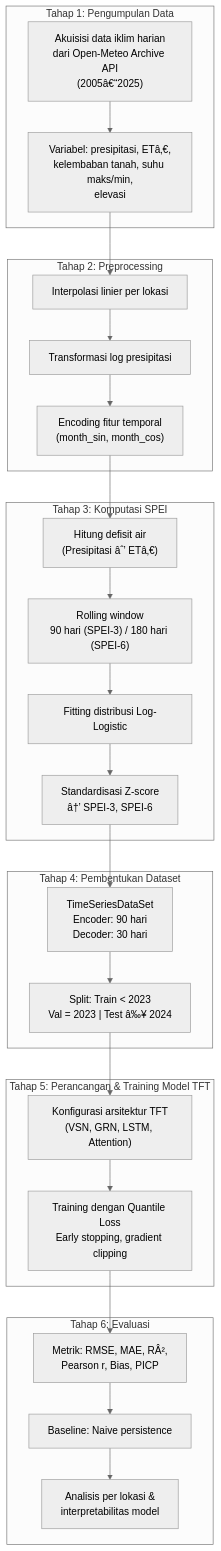
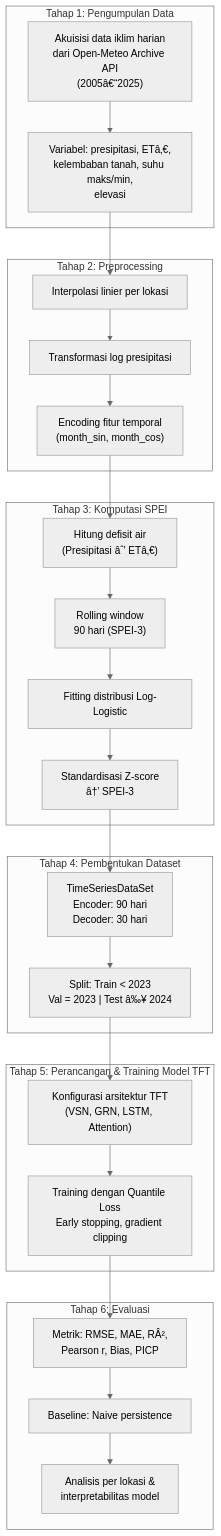
One commit to Vanszs/Skripsi_Nopal_SPEI changed the second of 6 diagrams in docs/PANDUAN_SEMINAR_PROPOSAL.md. Above: the diagram before and after it, drawn with Mermaid (neutral theme). The commit also changed other lines of this file and 39 other files, not shown here.

````diff
--- a/docs/PANDUAN_SEMINAR_PROPOSAL.md
+++ b/docs/PANDUAN_SEMINAR_PROPOSAL.md
@@ -133,38 +133,38 @@
 ```mermaid
 flowchart TD
     subgraph "Tahap 1: Pengumpulan Data"
         A1["Akuisisi data iklim harian<br/>dari Open-Meteo Archive API<br/>(2005â€“2025)"]
         A2["Variabel: presipitasi, ETâ‚€,<br/>kelembaban tanah, suhu maks/min,<br/>elevasi"]
     end
 
     subgraph "Tahap 2: Preprocessing"
         B1["Interpolasi linier per lokasi"]
         B2["Transformasi log presipitasi"]
         B3["Encoding fitur temporal<br/>(month_sin, month_cos)"]
     end
 
     subgraph "Tahap 3: Komputasi SPEI"
         C1["Hitung defisit air<br/>(Presipitasi âˆ’ ETâ‚€)"]
-        C2["Rolling window<br/>90 hari (SPEI-3) / 180 hari (SPEI-6)"]
+        C2["Rolling window<br/>90 hari (SPEI-3)"]
         C3["Fitting distribusi Log-Logistic"]
-        C4["Standardisasi Z-score<br/>â†’ SPEI-3, SPEI-6"]
+        C4["Standardisasi Z-score<br/>â†’ SPEI-3"]
     end
 
     subgraph "Tahap 4: Pembentukan Dataset"
         D1["TimeSeriesDataSet<br/>Encoder: 90 hari<br/>Decoder: 30 hari"]
         D2["Split: Train < 2023<br/>Val = 2023 | Test â‰¥ 2024"]
     end
 
     subgraph "Tahap 5: Perancangan & Training Model TFT"
         E1["Konfigurasi arsitektur TFT<br/>(VSN, GRN, LSTM, Attention)"]
         E2["Training dengan Quantile Loss<br/>Early stopping, gradient clipping"]
     end
 
     subgraph "Tahap 6: Evaluasi"
         F1["Metrik: RMSE, MAE, RÂ²,<br/>Pearson r, Bias, PICP"]
         F2["Baseline: Naive persistence"]
         F3["Analisis per lokasi &<br/>interpretabilitas model"]
     end
 
     A1 --> A2 --> B1 --> B2 --> B3 --> C1 --> C2 --> C3 --> C4 --> D1 --> D2 --> E1 --> E2 --> F1 --> F2 --> F3
 ```
````
